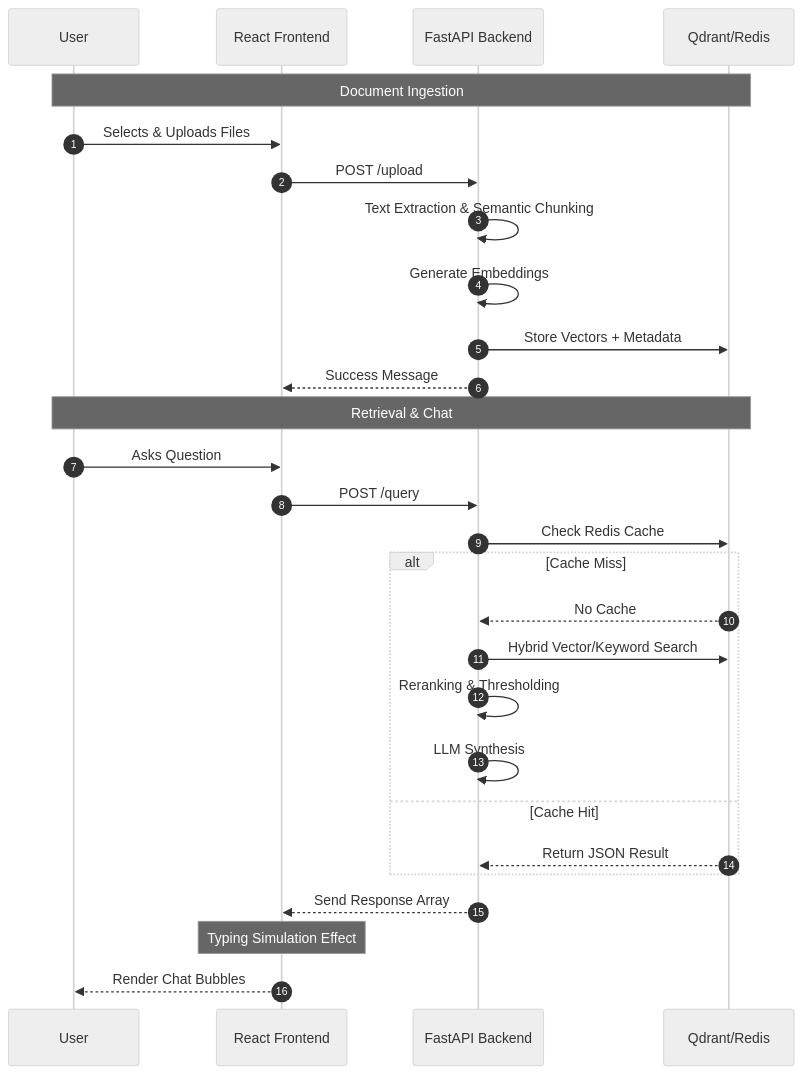
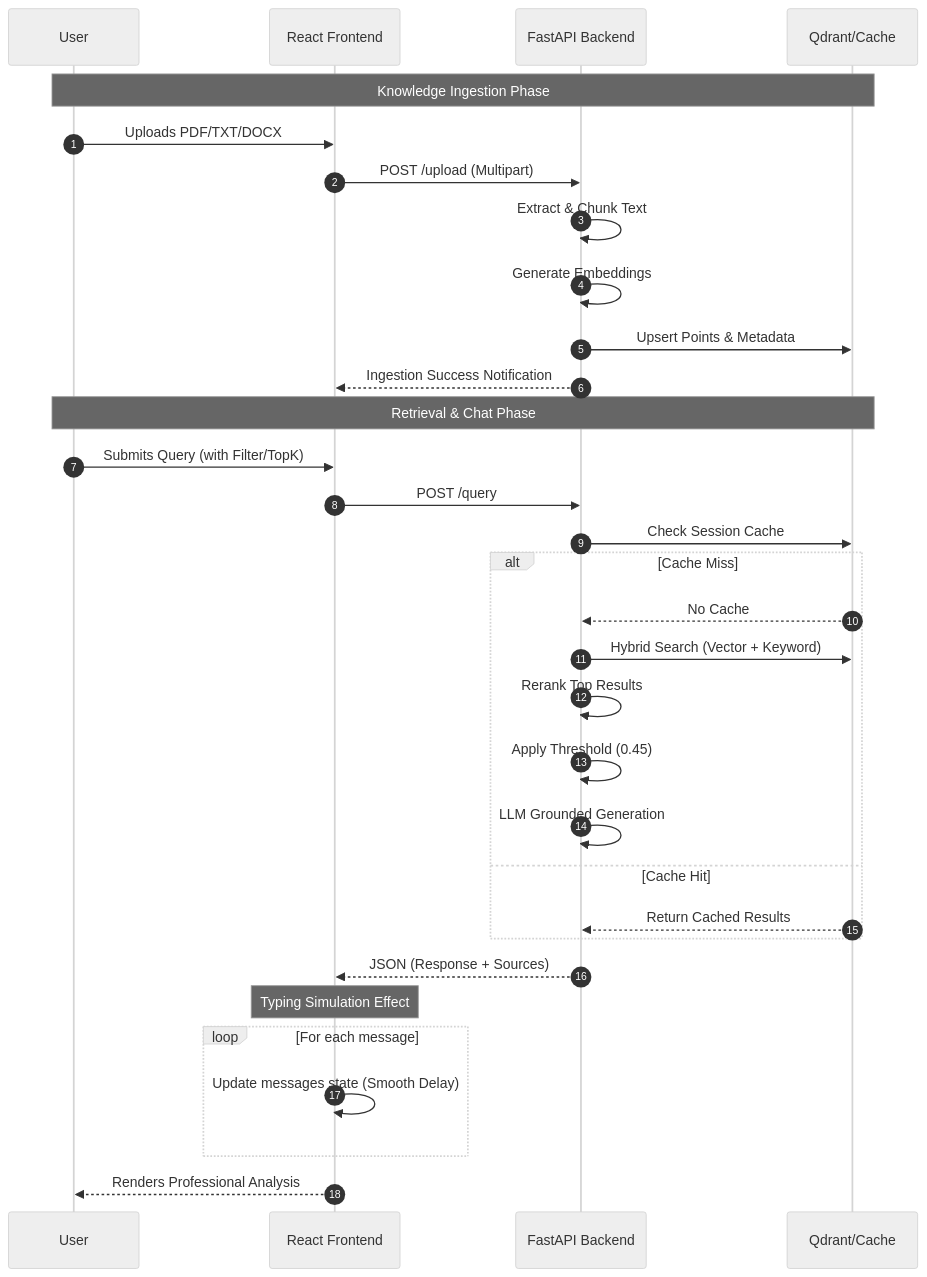
The third of 3 diagrams in README.md (nandhini9074-create/RAG-system), drawn with Mermaid (neutral theme) before and after one commit. The commit also changed other lines of this file, not shown here.

````diff
--- a/README.md
+++ b/README.md
@@ -157,32 +147,37 @@
 ```mermaid
 sequenceDiagram
     autonumber
     participant U as User
     participant F as React Frontend
     participant B as FastAPI Backend
-    participant D as Qdrant/Redis
+    participant D as Qdrant/Cache
 
-    Note over U, D: Document Ingestion
-    U->>F: Selects & Uploads Files
-    F->>B: POST /upload
-    B->>B: Text Extraction & Semantic Chunking
+    Note over U, D: Knowledge Ingestion Phase
+    U->>F: Uploads PDF/TXT/DOCX
+    F->>B: POST /upload (Multipart)
+    B->>B: Extract & Chunk Text
     B->>B: Generate Embeddings
-    B->>D: Store Vectors + Metadata
-    B-->>F: Success Message
+    B->>D: Upsert Points & Metadata
+    B-->>F: Ingestion Success Notification
 
-    Note over U, D: Retrieval & Chat
-    U->>F: Asks Question
+    Note over U, D: Retrieval & Chat Phase
+    U->>F: Submits Query (with Filter/TopK)
     F->>B: POST /query
-    B->>D: Check Redis Cache
+    B->>D: Check Session Cache
     alt Cache Miss
         D-->>B: No Cache
-        B->>D: Hybrid Vector/Keyword Search
-        B->>B: Reranking & Thresholding
-        B->>B: LLM Synthesis
+        B->>D: Hybrid Search (Vector + Keyword)
+        B->>B: Rerank Top Results
+        B->>B: Apply Threshold (0.45)
+        B->>B: LLM Grounded Generation
     else Cache Hit
-        D-->>B: Return JSON Result
+        D-->>B: Return Cached Results
     end
-    B-->>F: Send Response Array
+    B-->>F: JSON (Response + Sources)
+    
     Note over F: Typing Simulation Effect
-    F-->>U: Render Chat Bubbles
+    loop For each message
+        F->>F: Update messages state (Smooth Delay)
+    end
+    F-->>U: Renders Professional Analysis
 ```
````
